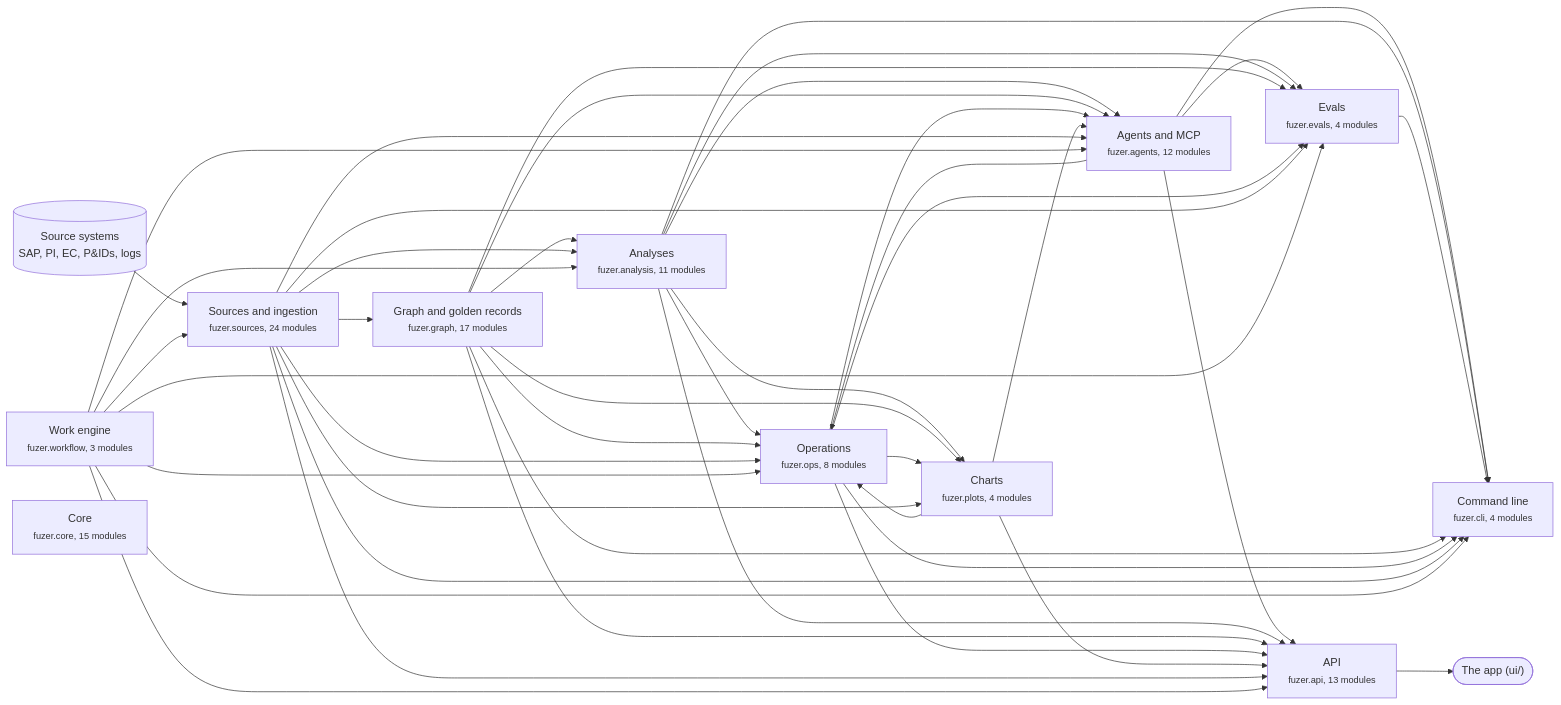
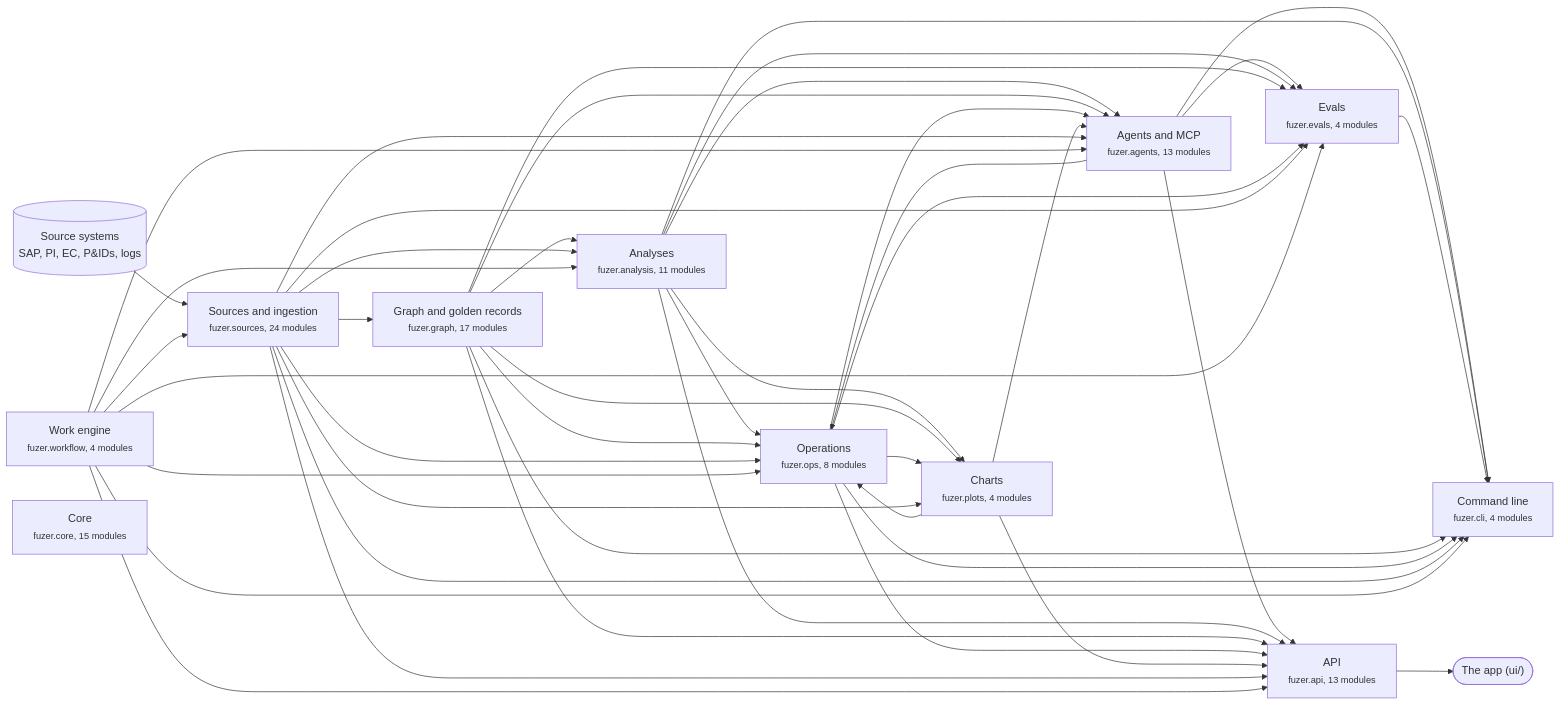
The first of 3 diagrams in docs/architecture.md (areed145/fuzer), drawn with Mermaid before and after one commit. The commit also changed other lines of this file and 35 other files, not shown here.

````diff
--- a/docs/architecture.md
+++ b/docs/architecture.md
@@ -8,69 +8,69 @@
 ```mermaid
 flowchart LR
   systems[("Source systems<br>SAP, PI, EC, P&IDs, logs")] --> c_sources
   app(["The app (ui/)"])
   c_api --> app
   c_sources["Sources and ingestion<br><small>fuzer.sources, 24 modules</small>"]
   c_graph["Graph and golden records<br><small>fuzer.graph, 17 modules</small>"]
   c_analysis["Analyses<br><small>fuzer.analysis, 11 modules</small>"]
   c_ops["Operations<br><small>fuzer.ops, 8 modules</small>"]
   c_plots["Charts<br><small>fuzer.plots, 4 modules</small>"]
-  c_workflow["Work engine<br><small>fuzer.workflow, 3 modules</small>"]
-  c_agents["Agents and MCP<br><small>fuzer.agents, 12 modules</small>"]
+  c_workflow["Work engine<br><small>fuzer.workflow, 4 modules</small>"]
+  c_agents["Agents and MCP<br><small>fuzer.agents, 13 modules</small>"]
   c_evals["Evals<br><small>fuzer.evals, 4 modules</small>"]
   c_api["API<br><small>fuzer.api, 13 modules</small>"]
   c_cli["Command line<br><small>fuzer.cli, 4 modules</small>"]
   c_core["Core<br><small>fuzer.core, 15 modules</small>"]
   c_workflow --> c_sources
   c_sources --> c_graph
   c_graph --> c_analysis
   c_sources --> c_analysis
   c_workflow --> c_analysis
   c_agents --> c_ops
   c_analysis --> c_ops
   c_graph --> c_ops
   c_plots --> c_ops
   c_sources --> c_ops
   c_workflow --> c_ops
   c_analysis --> c_plots
   c_graph --> c_plots
   c_ops --> c_plots
   c_sources --> c_plots
   c_analysis --> c_agents
   c_graph --> c_agents
   c_ops --> c_agents
   c_plots --> c_agents
   c_sources --> c_agents
   c_workflow --> c_agents
   c_agents --> c_evals
   c_analysis --> c_evals
   c_graph --> c_evals
   c_ops --> c_evals
   c_sources --> c_evals
   c_workflow --> c_evals
   c_agents --> c_api
   c_analysis --> c_api
   c_graph --> c_api
   c_ops --> c_api
   c_plots --> c_api
   c_sources --> c_api
   c_workflow --> c_api
   c_agents --> c_cli
   c_analysis --> c_cli
   c_evals --> c_cli
   c_graph --> c_cli
   c_ops --> c_cli
   c_sources --> c_cli
   c_workflow --> c_cli
   click c_sources "https://github.com/areed145/fuzer/tree/main/src/fuzer/sources"
   click c_graph "https://github.com/areed145/fuzer/tree/main/src/fuzer/graph"
   click c_analysis "https://github.com/areed145/fuzer/tree/main/src/fuzer/analysis"
   click c_ops "https://github.com/areed145/fuzer/tree/main/src/fuzer/ops"
   click c_plots "https://github.com/areed145/fuzer/tree/main/src/fuzer/plots"
   click c_workflow "https://github.com/areed145/fuzer/tree/main/src/fuzer/workflow"
   click c_agents "https://github.com/areed145/fuzer/tree/main/src/fuzer/agents"
   click c_evals "https://github.com/areed145/fuzer/tree/main/src/fuzer/evals"
   click c_api "https://github.com/areed145/fuzer/tree/main/src/fuzer/api"
   click c_cli "https://github.com/areed145/fuzer/tree/main/src/fuzer/cli"
   click c_core "https://github.com/areed145/fuzer/tree/main/src/fuzer/core"
 ```
````
